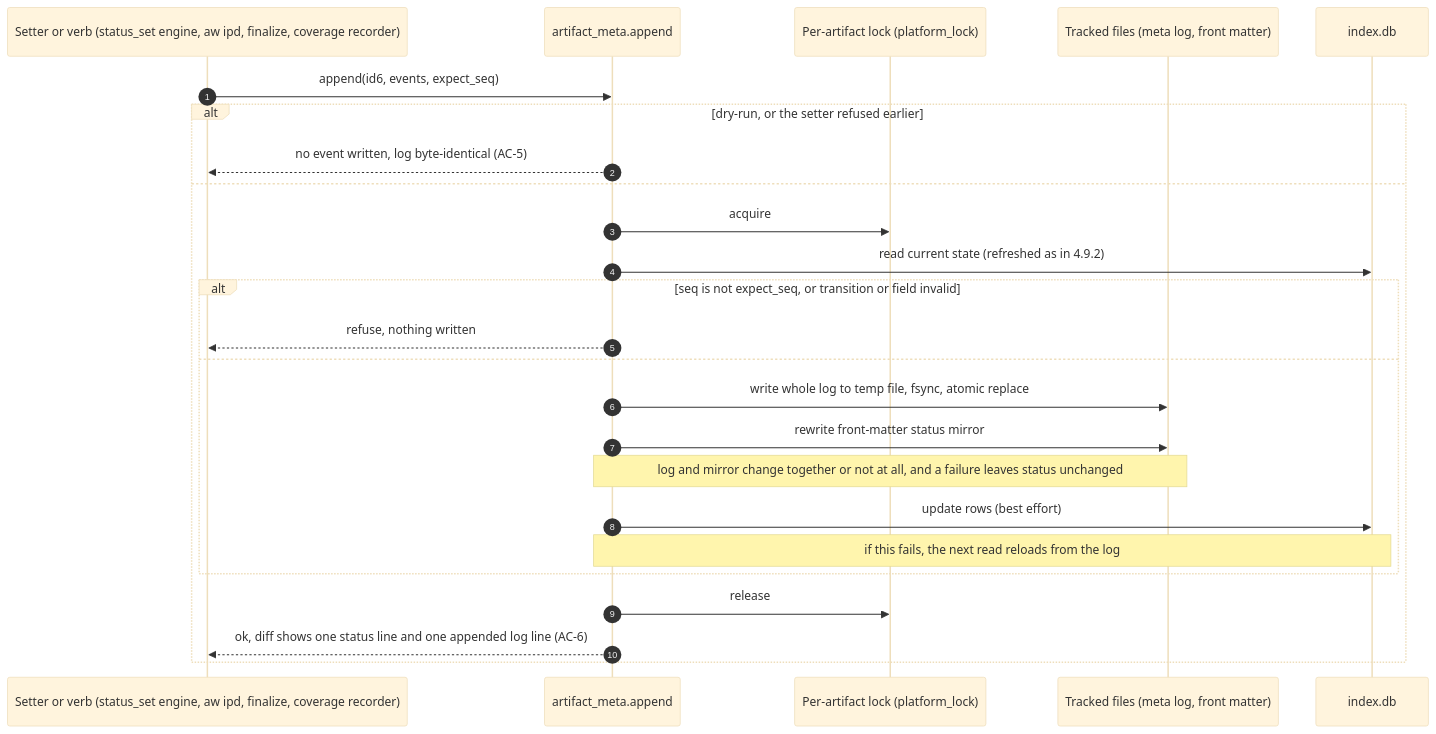
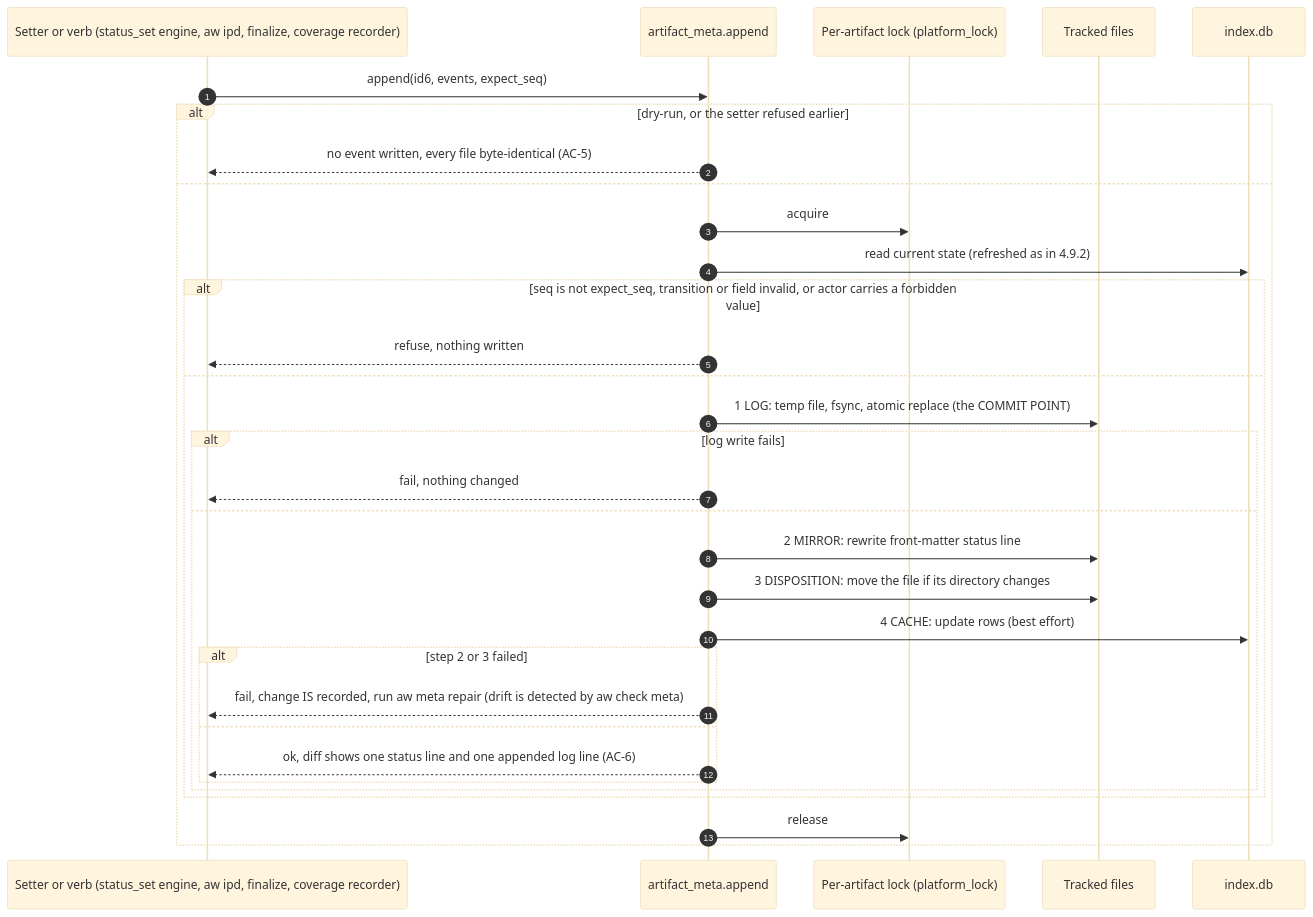
One commit to fariello/agent-workflows changed the fifth of 10 diagrams in .aw/records/specs/reviewed/20260925-metastore-01-4sd62s-artifact-metadata-store.spec.md. Above: the diagram before and after it, drawn with Mermaid (base theme). The commit also changed other lines of this file and 1 other file, not shown here.

First line of the commit message:
spec-review: harden 4sd62s round 8 (cache schema, run index, naming rule, write order; revisions applied)

````diff
--- a/.aw/records/specs/reviewed/20260925-metastore-01-4sd62s-artifact-metadata-store.spec.md
+++ b/.aw/records/specs/reviewed/20260925-metastore-01-4sd62s-artifact-metadata-store.spec.md
@@ -728,27 +1057,34 @@
 ```mermaid
 sequenceDiagram
     autonumber
     participant S as Setter or verb (status_set engine, aw ipd, finalize, coverage recorder)
     participant M as artifact_meta.append
     participant L as Per-artifact lock (platform_lock)
-    participant G as Tracked files (meta log, front matter)
+    participant G as Tracked files
     participant C as index.db
     S->>M: append(id6, events, expect_seq)
     alt dry-run, or the setter refused earlier
-        M-->>S: no event written, log byte-identical (AC-5)
+        M-->>S: no event written, every file byte-identical (AC-5)
     else
         M->>L: acquire
         M->>C: read current state (refreshed as in 4.9.2)
-        alt seq is not expect_seq, or transition or field invalid
+        alt seq is not expect_seq, transition or field invalid, or actor carries a forbidden value
             M-->>S: refuse, nothing written
         else
-            M->>G: write whole log to temp file, fsync, atomic replace
-            M->>G: rewrite front-matter status mirror
-            Note over M,G: log and mirror change together or not at all, and a failure leaves status unchanged
-            M->>C: update rows (best effort)
-            Note over M,C: if this fails, the next read reloads from the log
+            M->>G: 1 LOG: temp file, fsync, atomic replace (the COMMIT POINT)
+            alt log write fails
+                M-->>S: fail, nothing changed
+            else
+                M->>G: 2 MIRROR: rewrite front-matter status line
+                M->>G: 3 DISPOSITION: move the file if its directory changes
+                M->>C: 4 CACHE: update rows (best effort)
+                alt step 2 or 3 failed
+                    M-->>S: fail, change IS recorded, run aw meta repair (drift is detected by aw check meta)
+                else
+                    M-->>S: ok, diff shows one status line and one appended log line (AC-6)
+                end
+            end
         end
         M->>L: release
-        M-->>S: ok, diff shows one status line and one appended log line (AC-6)
     end
 ```
````
